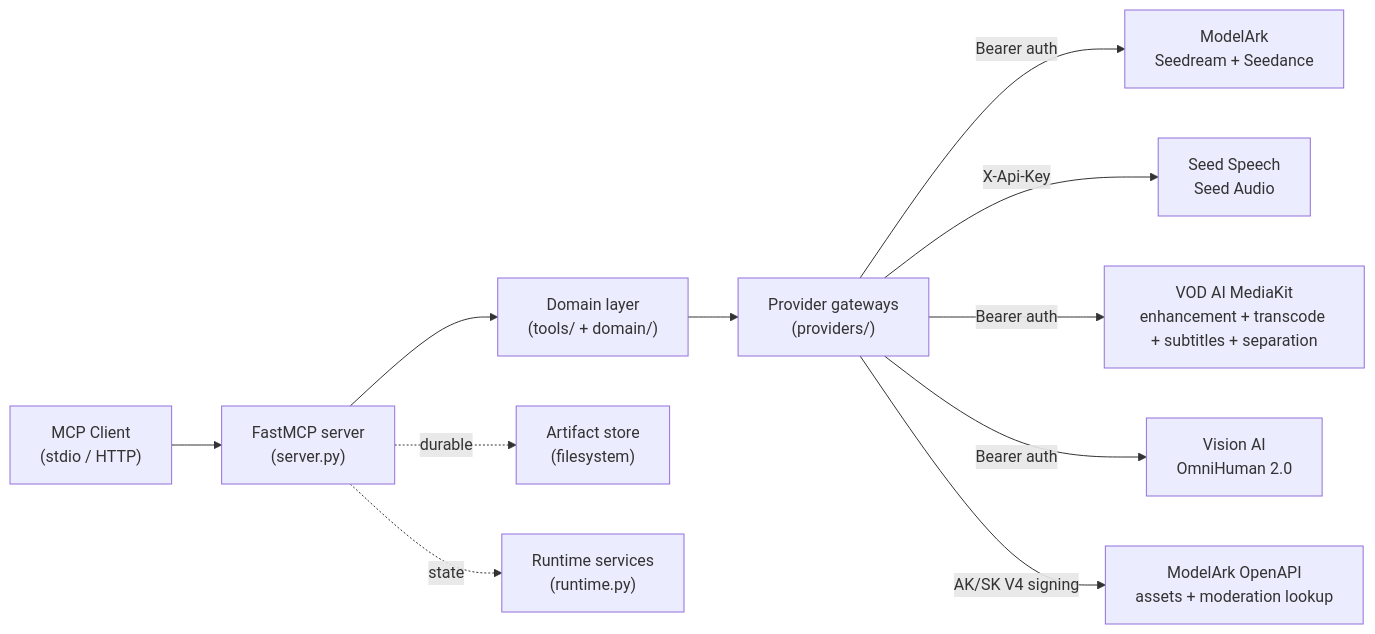
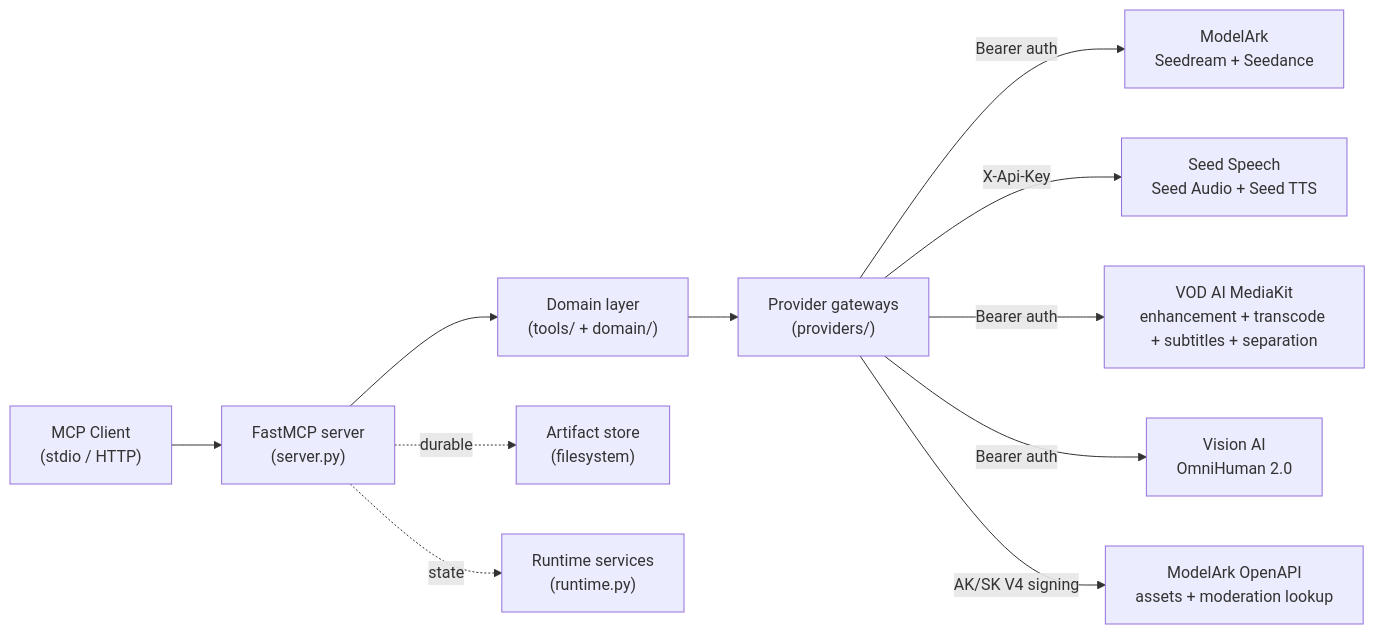
One commit to byteplus-sa/ark-mcp changed the first of 4 diagrams in docs/architecture.md. Above: the diagram before and after it, drawn with Mermaid. The commit also changed other lines of this file and 47 other files, not shown here.

Commit message:
feat: add Seed TTS 3.0 speech synthesis

````diff
--- a/docs/architecture.md
+++ b/docs/architecture.md
@@ -62,13 +63,13 @@
 ```mermaid
 flowchart LR
     Client["MCP Client\n(stdio / HTTP)"] --> Server["FastMCP server\n(server.py)"]
     Server --> Domain["Domain layer\n(tools/ + domain/)"]
     Domain --> Gateway["Provider gateways\n(providers/)"]
     Gateway -->|"Bearer auth"| ModelArk["ModelArk\nSeedream + Seedance"]
-    Gateway -->|"X-Api-Key"| SeedSpeech["Seed Speech\nSeed Audio"]
+    Gateway -->|"X-Api-Key"| SeedSpeech["Seed Speech\nSeed Audio + Seed TTS"]
     Gateway -->|"Bearer auth"| MediaKit["VOD AI MediaKit\nenhancement + transcode + subtitles + separation"]
     Gateway -->|"Bearer auth"| VisionCv["Vision AI\nOmniHuman 2.0"]
     Gateway -->|"AK/SK V4 signing"| OpenApi["ModelArk OpenAPI\nassets + moderation lookup"]
     Server -.durable.-> Store["Artifact store\n(filesystem)"]
     Server -.state.-> Runtime["Runtime services\n(runtime.py)"]
 ```
````
